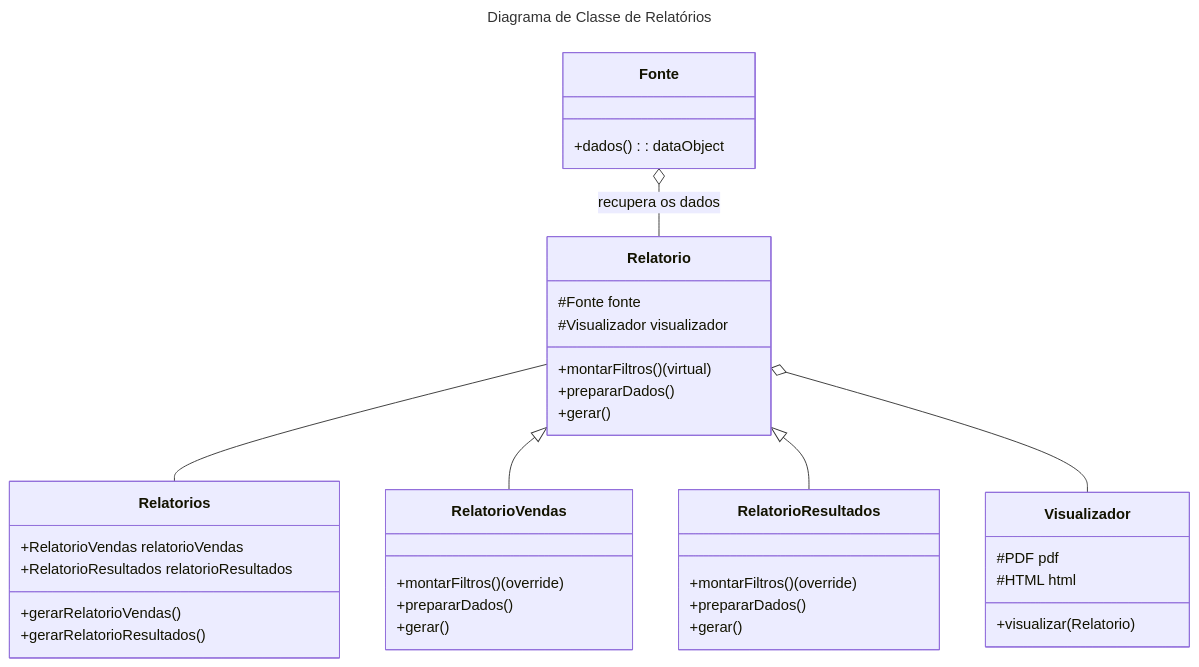
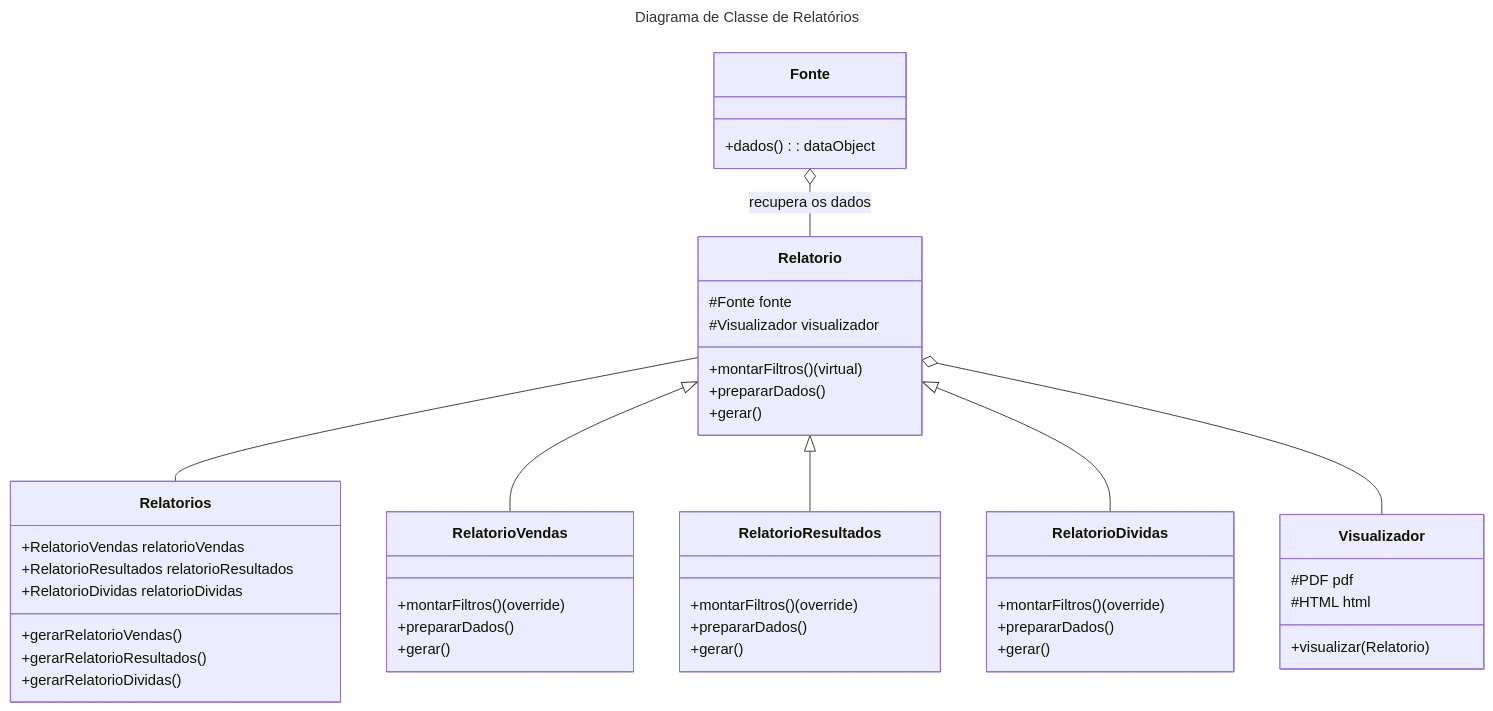
Before and after one commit to h4mn/fatec_tarefas: diagram 19 of 19 in engenharia/diagrams.md, drawn with Mermaid. The commit also changed other lines of this file, not shown here.

````diff
--- a/engenharia/diagrams.md
+++ b/engenharia/diagrams.md
@@ -465,51 +518,60 @@
 ```mermaid
 ---
 title: Diagrama de Classe de Relatórios
 ---
 classDiagram
     class Fonte{
         +dados(): dataObject
     }
 
     class Visualizador{
         #PDF pdf
         #HTML html
 
         +visualizar(Relatorio)
     }
 
     class Relatorio{
         #Fonte fonte
         #Visualizador visualizador
 
         +montarFiltros() (virtual)
         +prepararDados()
         +gerar()
     }
     
     class RelatorioVendas{
         +montarFiltros() (override)
         +prepararDados()
         +gerar()
     }
 
     class RelatorioResultados{
         +montarFiltros() (override)
         +prepararDados()
         +gerar()
     }
 
+    class RelatorioDividas{
+        +montarFiltros() (override)
+        +prepararDados()
+        +gerar()
+    }
+
     class Relatorios{
         +RelatorioVendas relatorioVendas
         +RelatorioResultados relatorioResultados
+        +RelatorioDividas relatorioDividas
 
         +gerarRelatorioVendas()
         +gerarRelatorioResultados()
+        +gerarRelatorioDividas()
     }
 
     Relatorio -- Relatorios
     Relatorio <|-- RelatorioVendas
     Relatorio <|-- RelatorioResultados
+    Relatorio <|-- RelatorioDividas
     Fonte o-- Relatorio : recupera os dados    
     Relatorio o-- Visualizador
 ```
````
